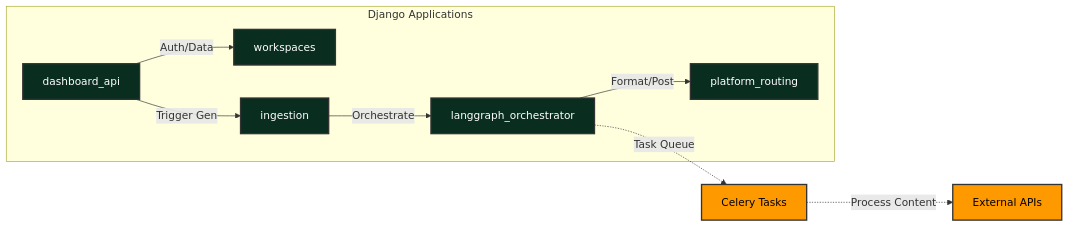
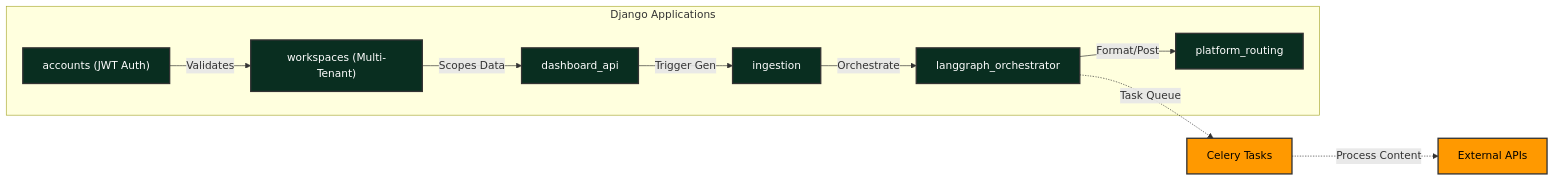
One commit to akshitsharmacodes/CruiseContent changed the second of 3 diagrams in README.md. Above: the diagram before and after it, drawn with Mermaid. The commit also changed other lines of this file, not shown here.

Commit message:
docs: update architecture diagrams and developer setup guide

````diff
--- a/README.md
+++ b/README.md
@@ -130,16 +53,17 @@
 ```mermaid
 graph LR
     %% Define Styles
     classDef app fill:#092E20,stroke:#333,stroke-width:2px,color:white;
     classDef worker fill:#FF9900,stroke:#333,stroke-width:2px,color:black;
 
     subgraph "Django Applications"
-        DA["dashboard_api"]:::app -->|Auth/Data| WS["workspaces"]:::app
+        Auth["accounts (JWT Auth)"]:::app -->|Validates| WS["workspaces (Multi-Tenant)"]:::app
+        WS -->|Scopes Data| DA["dashboard_api"]:::app
         DA -->|Trigger Gen| ING["ingestion"]:::app
         ING -->|Orchestrate| LG["langgraph_orchestrator"]:::app
         LG -->|Format/Post| PR["platform_routing"]:::app
     end
     
     LG -.->|Task Queue| CeleryWorker["Celery Tasks"]:::worker
     CeleryWorker -.->|Process Content| API["External APIs"]:::worker
 ```
````
